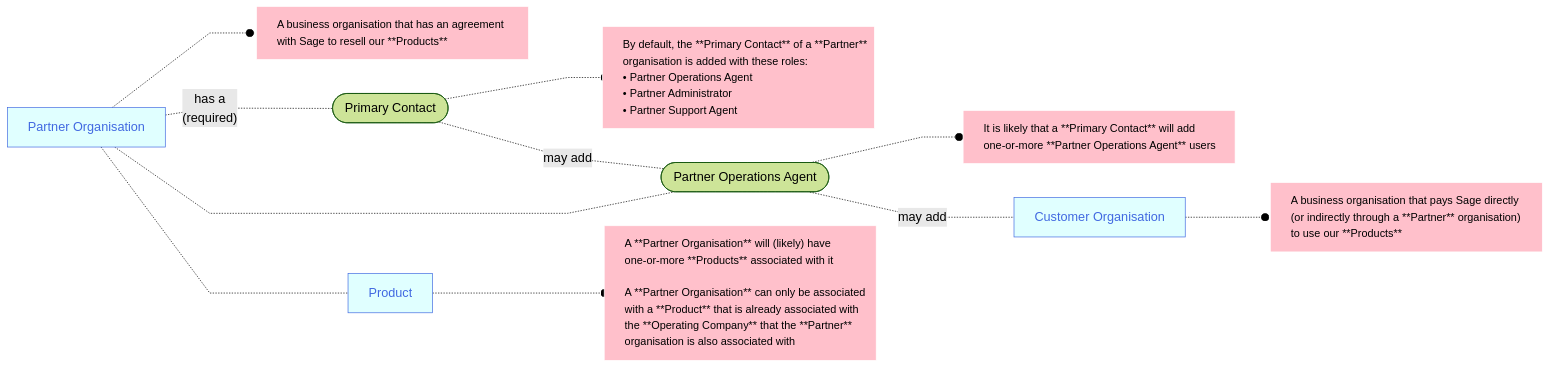
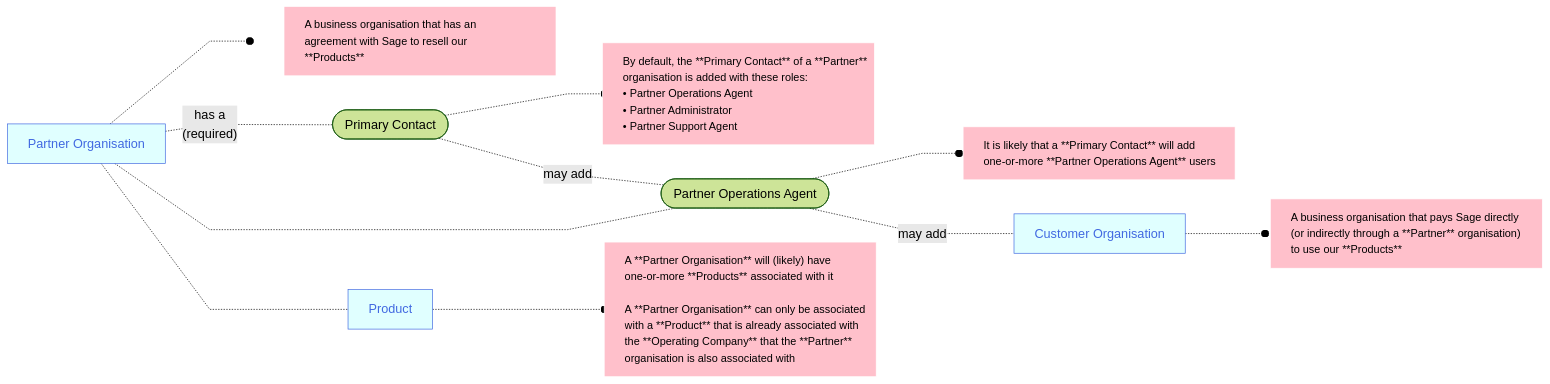
One commit to joe-dorward/samples changed the second of 2 diagrams in 2025_Sage/11_What is a Partner organisation.mdx. Above: the diagram before and after it, drawn with Mermaid.

Commit message:
Update 11_What is a Partner organisation.mdx

````diff
--- a/2025_Sage/11_What is a Partner organisation.mdx
+++ b/2025_Sage/11_What is a Partner organisation.mdx
@@ -40,45 +40,45 @@
 ```mermaid
 %%{
   init: {
     'theme': 'forest',
     'themeVariables': {
       'fontSize':'14pt'
     },
     "flowchart": { "curve": "linear", "markdownAutoWrap":"false", "textWrap":"true",
                           "wrappingWidth": "100%" }
   }
 }%%
 flowchart LR
   classDef Sage fill:seagreen, color:honeydew;
   classDef Noun fill:lightcyan, stroke:royalblue, color:royalblue;
   classDef Note fill:pink, stroke:white, text-align:left, font-size: 95%, width:400, 
   ;
 
   PARTNER_ORGANISATION_01[&nbsp;Partner Organisation&nbsp;]-.-o
-  PARTNER_ORGANISATION_01_NOTE[A business organisation that has an agreement<br/>with Sage to resell our **Products**]
+  PARTNER_ORGANISATION_01_NOTE[A business organisation that has an<br/>agreement with Sage to resell our<br/>**Products**]
 
   PARTNER_ORGANISATION_01[Partner Organisation]-.has a<br/>(required).-
   PRIMARY_CONTACT_01([&nbsp;Primary Contact&nbsp;])-.-o
   PRIMARY_CONTACT_01_NOTE[By default, the **Primary Contact** of a **Partner**<br/>organisation is added with these roles:<br/>&bull; Partner Operations Agent<br/>&bull; Partner Administrator<br/>&bull; Partner Support Agent]
 
   PRIMARY_CONTACT_01-.may add.-
   PARTNER_OPERATIONS_AGENT_01([&nbsp;Partner Operations Agent&nbsp;])-.-o
   PARTNER_OPERATIONS_AGENT_01_NOTE[It is likely that a **Primary Contact** will add<br/>one-or-more **Partner Operations Agent** users]
 
   PARTNER_ORGANISATION_01-.-
   PARTNER_OPERATIONS_AGENT_01
 
   PARTNER_ORGANISATION_01-.-
   PRODUCT_01["Product"]-.-o
   PRODUCT_01_NOTE["A **Partner Organisation** will (likely) have<br/>one-or-more **Products** associated with it<br/><br/>A **Partner Organisation** can only be associated<br/>with a **Product** that is already associated with<br/>the **Operating Company** that the **Partner**<br/>organisation is also associated with"]
 
   PARTNER_OPERATIONS_AGENT_01-.may add.-
   CUSTOMER_ORGANISATION_01[Customer Organisation]-.-o
   CUSTOMER_ORGANISATION_01_NOTE["A business organisation that pays Sage directly<br/>(or indirectly through a **Partner** organisation)<br/>to use our **Products**"]
 
   %% ---------- ---------- ---------- ---------- ---------- ---------- ---------- ---------- ---------- ----------
   class PARTNER_ORGANISATION_01,PRODUCT_01,CUSTOMER_ORGANISATION_01 Noun
 
   class PARTNER_ORGANISATION_01_NOTE,PRIMARY_CONTACT_01_NOTE Note
   class PARTNER_OPERATIONS_AGENT_01_NOTE,PRODUCT_01_NOTE,CUSTOMER_ORGANISATION_01_NOTE Note
 ```
````
